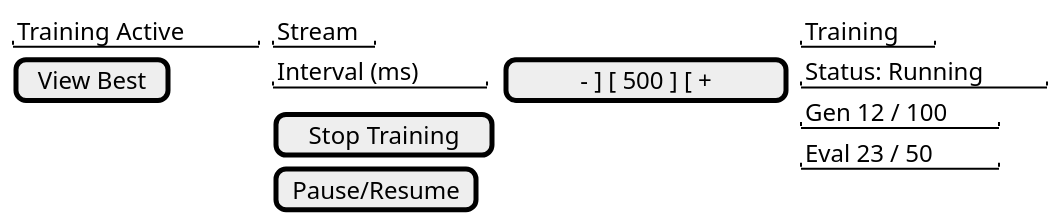
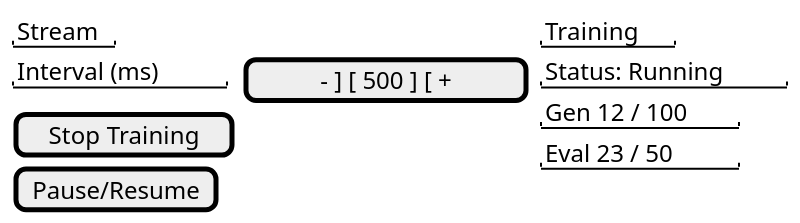
One commit to aortez/dirtsim changed the first of 2 diagrams in apps/src/ui/docs/src/screens/training-active.md. Above: the diagram before and after it, drawn with PlantUML.

Commit message:
fix training-active screen

````diff
--- a/apps/src/ui/docs/src/screens/training-active.md
+++ b/apps/src/ui/docs/src/screens/training-active.md
@@ -3,21 +3,18 @@
 ```plantuml
 @startsalt
 scale 1.6
 {
   {
-    "Training Active"
-    [View Best]
-  } | {
     "Stream"
     "Interval (ms)" | [ - ] [ 500 ] [ + ]
     [Stop Training]
     [Pause/Resume]
   } | {
     "Training"
     "Status: Running"
     "Gen 12 / 100"
     "Eval 23 / 50"
   }
 }
 @endsalt
 ```
````
